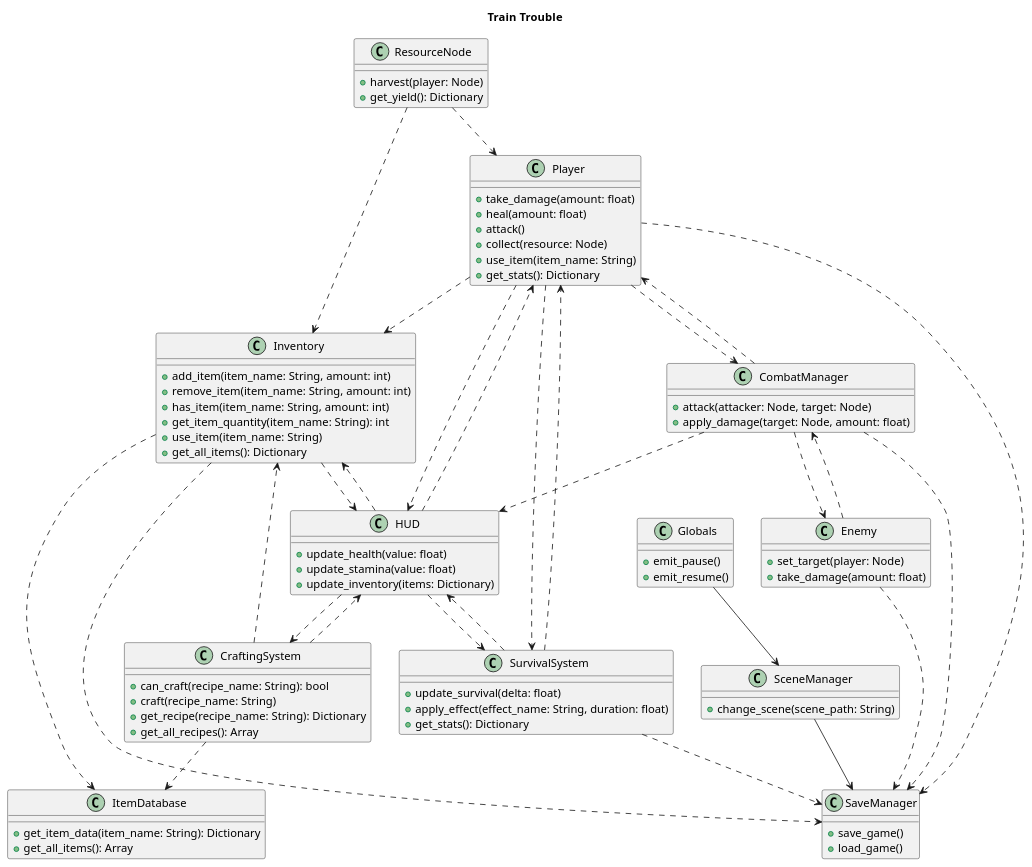
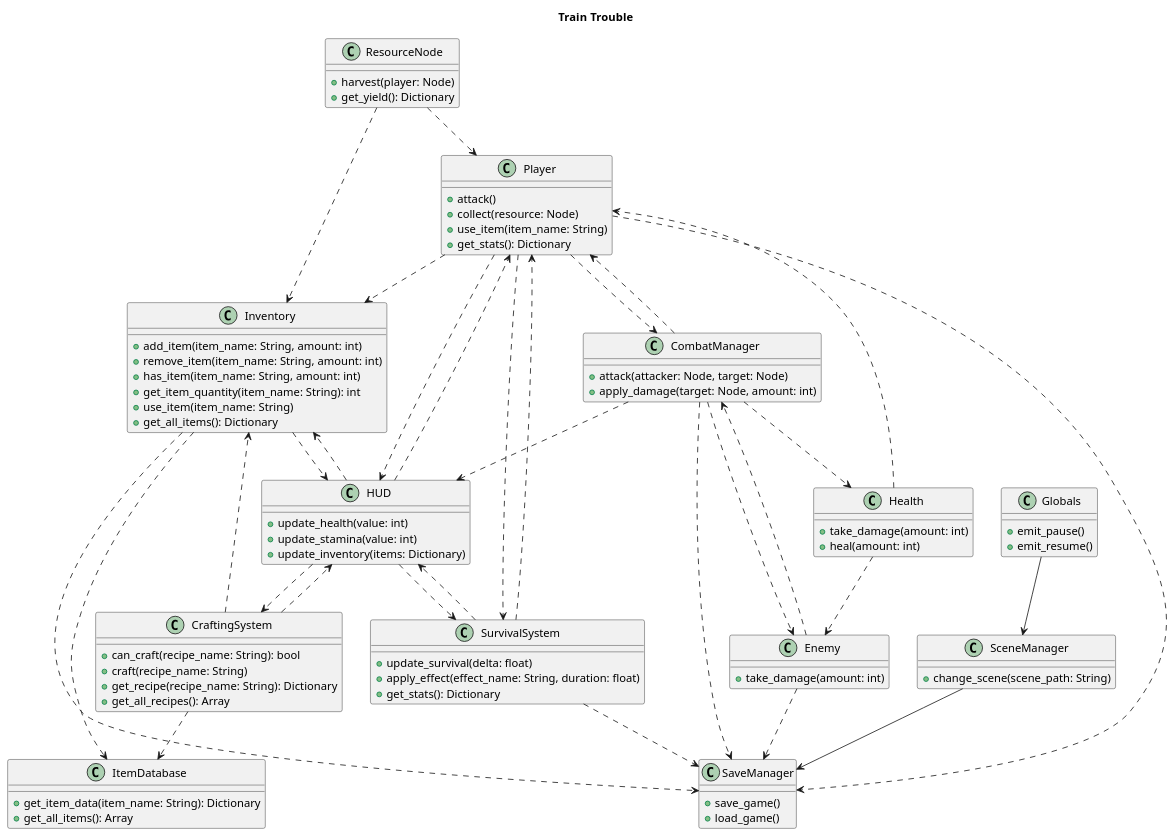
Before and after one commit to EyeAmTheOne/CS180_Project: the diagram in docs/class_diagram.puml, drawn with PlantUML. The commit also changed 46 other files, not shown here.

```diff
--- a/docs/class_diagram.puml
+++ b/docs/class_diagram.puml
@@ -1,112 +1,117 @@
 @startuml
 title Train Trouble
 
 class Globals {
   + emit_pause()
   + emit_resume()
 }
 
 class SceneManager {
   + change_scene(scene_path: String)
 }
 
 class SaveManager {
   + save_game()
   + load_game()
 }
 
 Globals --> SceneManager
 SceneManager --> SaveManager
 
 class Player {
-  + take_damage(amount: float)
-  + heal(amount: float)
   + attack()
   + collect(resource: Node)
   + use_item(item_name: String)
   + get_stats(): Dictionary
 }
 
 Player ..> Inventory
 Player ..> CombatManager
 Player ..> SurvivalSystem
 Player ..> HUD
 Player ..> SaveManager
+
+class Health {
+    + take_damage(amount: int)
+    + heal(amount: int)
+}
+
+Health ..> Player
+Health ..> Enemy
 
 class Inventory {
   + add_item(item_name: String, amount: int)
   + remove_item(item_name: String, amount: int)
   + has_item(item_name: String, amount: int)
   + get_item_quantity(item_name: String): int
   + use_item(item_name: String)
   + get_all_items(): Dictionary
 }
 
 class ItemDatabase {
   + get_item_data(item_name: String): Dictionary
   + get_all_items(): Array
 }
 
 Inventory ..> ItemDatabase
 Inventory ..> HUD
 Inventory ..> SaveManager
 
 class CraftingSystem {
   + can_craft(recipe_name: String): bool
   + craft(recipe_name: String)
   + get_recipe(recipe_name: String): Dictionary
   + get_all_recipes(): Array
 }
 
 CraftingSystem ..> Inventory
 CraftingSystem ..> ItemDatabase
 CraftingSystem ..> HUD
 
 class ResourceNode {
   + harvest(player: Node)
   + get_yield(): Dictionary
 }
 
 ResourceNode ..> Inventory
 ResourceNode ..> Player
 
 class CombatManager {
   + attack(attacker: Node, target: Node)
-  + apply_damage(target: Node, amount: float)
+  + apply_damage(target: Node, amount: int)
 }
 
 CombatManager ..> Player
 CombatManager ..> Enemy
+CombatManager ..> Health
 CombatManager ..> HUD
 CombatManager ..> SaveManager
 
 class Enemy {
-  + set_target(player: Node)
-  + take_damage(amount: float)
+  + take_damage(amount: int)
 }
 
 Enemy ..> CombatManager
 Enemy ..> SaveManager
 
 class SurvivalSystem {
   + update_survival(delta: float)
   + apply_effect(effect_name: String, duration: float)
   + get_stats(): Dictionary
 }
 
 SurvivalSystem ..> Player
 SurvivalSystem ..> HUD
 SurvivalSystem ..> SaveManager
 
 class HUD {
-  + update_health(value: float)
-  + update_stamina(value: float)
+  + update_health(value: int)
+  + update_stamina(value: int)
   + update_inventory(items: Dictionary)
 }
 
 HUD ..> Player
 HUD ..> Inventory
 HUD ..> CraftingSystem
 HUD ..> SurvivalSystem
-
 @enduml
```
